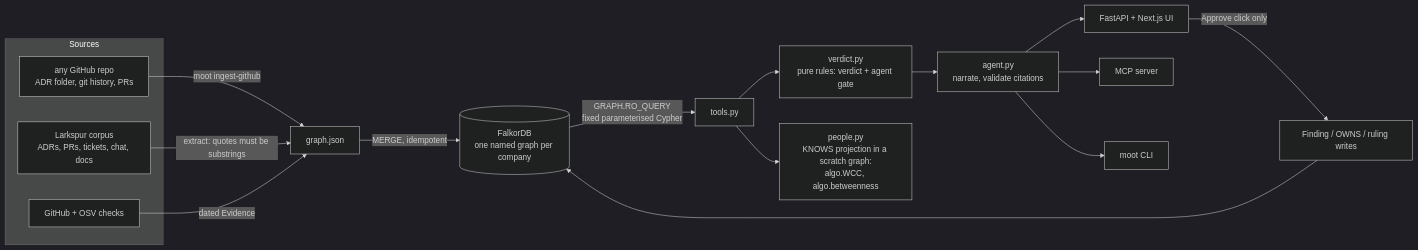
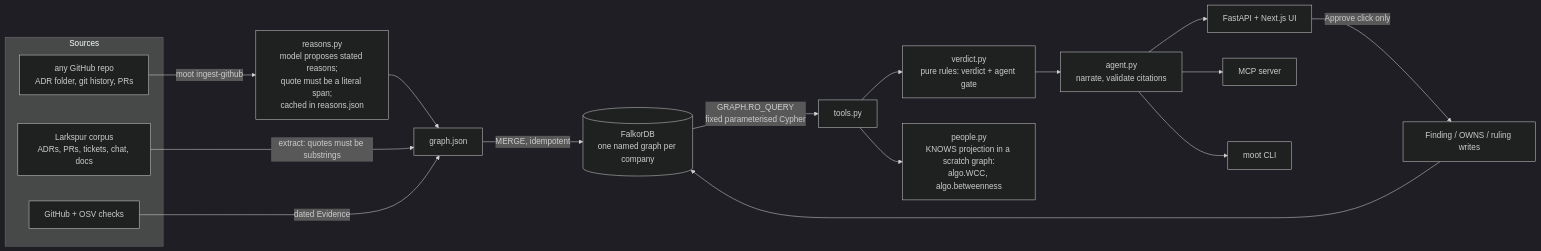
Before and after one commit to danielAsaboro/moot: the first of 3 diagrams in README.md, drawn with Mermaid (dark theme). The commit also changed other lines of this file and 12 other files, not shown here.

Commit message:
README: links table, S3 and dead-decision charts, stated-reasons before/after chart, screenshots of the live app, the six judging criteria mapped to evidence, MCP setup (docs/mcp.md); charts are drawn from the result files by eval/charts.py and moot verify checks them and the new numbers

````diff
--- a/README.md
+++ b/README.md
@@ -58,21 +99,22 @@
 ```mermaid
 flowchart LR
   subgraph Sources
     C[Larkspur corpus<br/>ADRs, PRs, tickets, chat, docs]
     CK[GitHub + OSV checks]
     GH[any GitHub repo<br/>ADR folder, git history, PRs]
   end
-  GH -->|moot ingest-github| J
+  GH -->|moot ingest-github| RS[reasons.py<br/>model proposes stated reasons;<br/>quote must be a literal span;<br/>cached in reasons.json]
+  RS --> J
   C -->|extract: quotes must be substrings| J[graph.json]
   CK -->|dated Evidence| J
   J -->|MERGE, idempotent| F[(FalkorDB<br/>one named graph per company)]
   F -->|GRAPH.RO_QUERY<br/>fixed parameterised Cypher| T[tools.py]
   T --> V[verdict.py<br/>pure rules: verdict + agent gate]
   T --> PE[people.py<br/>KNOWS projection in a scratch graph:<br/>algo.WCC, algo.betweenness]
   V --> A[agent.py<br/>narrate, validate citations]
   A --> API[FastAPI + Next.js UI]
   A --> MCP[MCP server]
   A --> CLI[moot CLI]
   API -->|Approve click only| W[Finding / OWNS / ruling writes]
   W --> F
 ```
````
